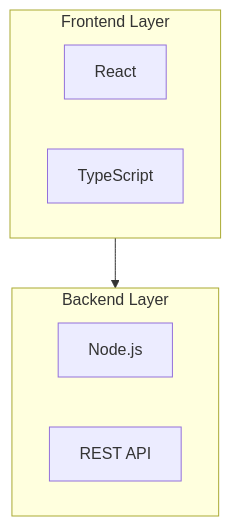
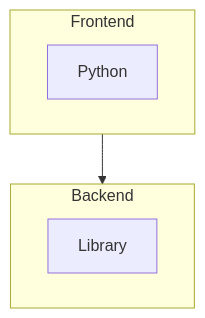
One commit to AlanSong2077/github-readme-crafter-Skill changed the diagram in references/templates.md. Above: the diagram before and after it, drawn with Mermaid. The commit also changed other lines of this file and 7 other files, not shown here.

````diff
--- a/references/templates.md
+++ b/references/templates.md
@@ -89,12 +59,10 @@
 ```mermaid
 flowchart TB
-    subgraph Frontend[Frontend Layer]
-        React[React]
-        TS[TypeScript]
+    subgraph Frontend[Frontend]
+        Python[Python]
     end
-    subgraph Backend[Backend Layer]
-        Node[Node.js]
-        API[REST API]
+    subgraph Backend[Backend]
+        Lib[Library]
     end
     Frontend --> Backend
 ```
````
